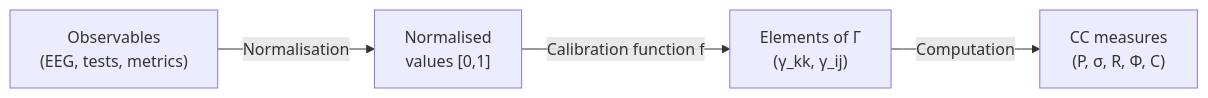
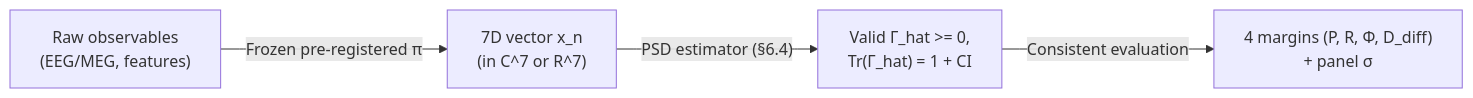
Before and after one commit to gst-st/uhm: the diagram in website/docs/applied/coherence-cybernetics/measurement.md, drawn with Mermaid. The commit also changed other lines of this file and 376 other files, not shown here.

First line of the commit message:
Refactor UHM canon, decontaminate architecture, and verify EN/RU parity

````diff
--- a/website/docs/applied/coherence-cybernetics/measurement.md
+++ b/website/docs/applied/coherence-cybernetics/measurement.md
@@ -418,6 +344,6 @@
 ```mermaid
 graph LR
-    OBS["Observables<br/>(EEG, tests, metrics)"] -->|"Normalisation"| NORM["Normalised<br/>values [0,1]"]
-    NORM -->|"Calibration function f"| GAMMA["Elements of Γ<br/>(γ_kk, γ_ij)"]
-    GAMMA -->|"Computation"| MEAS["CC measures<br/>(P, σ, R, Φ, C)"]
+    OBS["Raw observables<br/>(EEG/MEG, features)"] -->|"Frozen pre-registered π"| VEC["7D vector x_n<br/>(in C^7 or R^7)"]
+    VEC -->|"PSD estimator (§6.4)"| GAMMA["Valid Γ_hat >= 0,<br/>Tr(Γ_hat) = 1 + CI"]
+    GAMMA -->|"Consistent evaluation"| MEAS["4 margins (P, R, Φ, D_diff)<br/>+ panel σ"]
 ```
````
